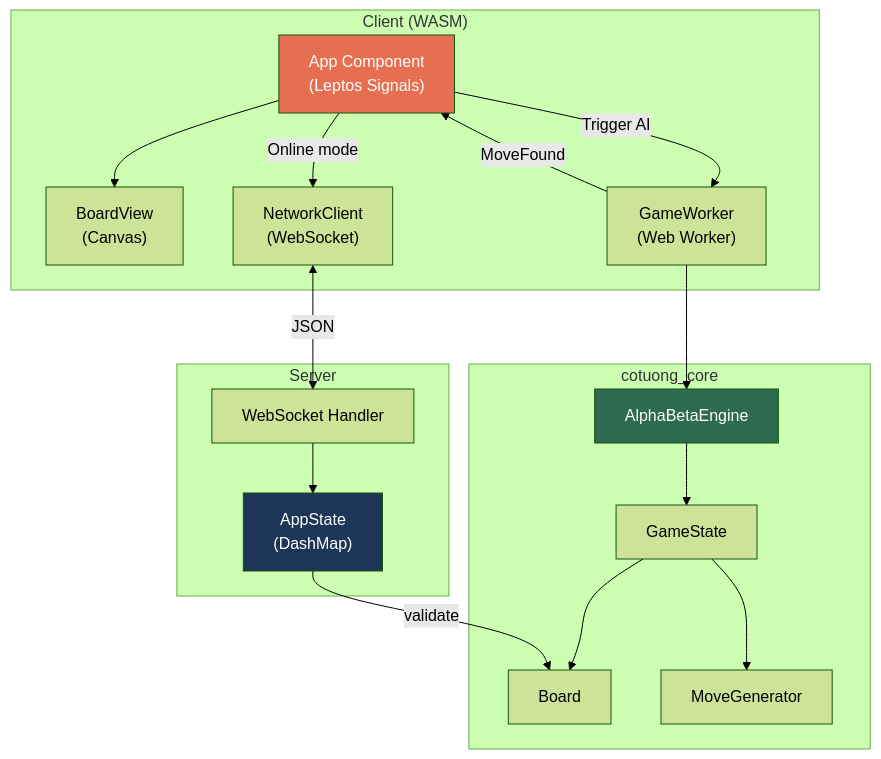
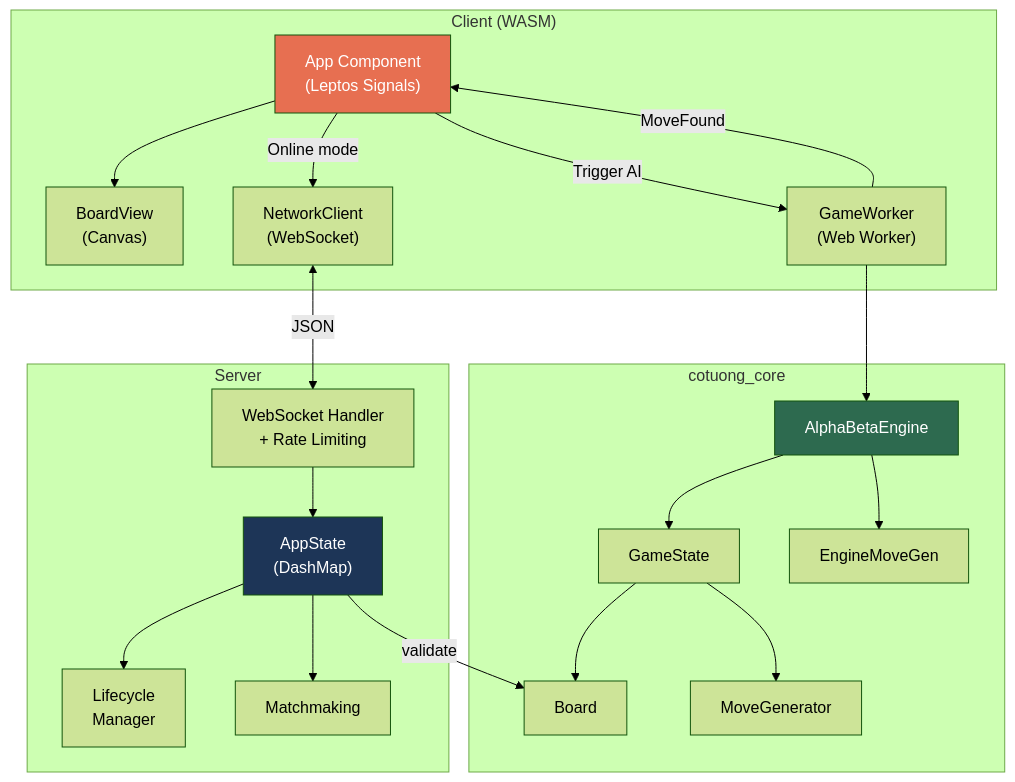
The seventh of 7 diagrams in ARCHITECTURE.md (thichuong/GameCoTuong), drawn with Mermaid (forest theme) before and after one commit. The commit also changed other lines of this file and 6 other files, not shown here.

Commit message:
docs: Detail engine's new `EngineMoveGen` module, refactor server's `game_manager` with new modules, and restructure client's `app` components in architecture documentation.

````diff
--- a/ARCHITECTURE.md
+++ b/ARCHITECTURE.md
@@ -349,38 +431,44 @@
 ```mermaid
 flowchart TD
     subgraph Client["Client (WASM)"]
         UI["App Component<br/>(Leptos Signals)"]
         Canvas["BoardView<br/>(Canvas)"]
         Worker["GameWorker<br/>(Web Worker)"]
         Net["NetworkClient<br/>(WebSocket)"]
     end
 
     subgraph Core["cotuong_core"]
         GS["GameState"]
         Engine["AlphaBetaEngine"]
+        EMG["EngineMoveGen"]
         Board["Board"]
         MG["MoveGenerator"]
     end
 
     subgraph Srv["Server"]
-        WS["WebSocket Handler"]
+        WS["WebSocket Handler<br/>+ Rate Limiting"]
         GM["AppState<br/>(DashMap)"]
+        LC["Lifecycle<br/>Manager"]
+        MM["Matchmaking"]
     end
 
     UI --> Canvas
     UI -->|"Trigger AI"| Worker
     Worker --> Engine
+    Engine --> EMG
     Engine --> GS
     GS --> Board
     GS --> MG
     Worker -->|"MoveFound"| UI
 
     UI -->|"Online mode"| Net
     Net <-->|"JSON"| WS
     WS --> GM
+    GM --> LC
+    GM --> MM
     GM -->|"validate"| Board
 
     style Engine fill:#2d6a4f,color:#fff
     style GM fill:#1d3557,color:#fff
     style UI fill:#e76f51,color:#fff
 ```
````
